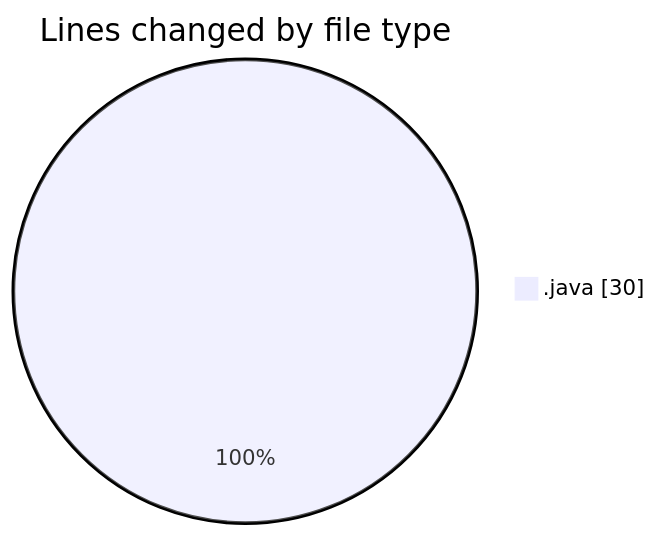
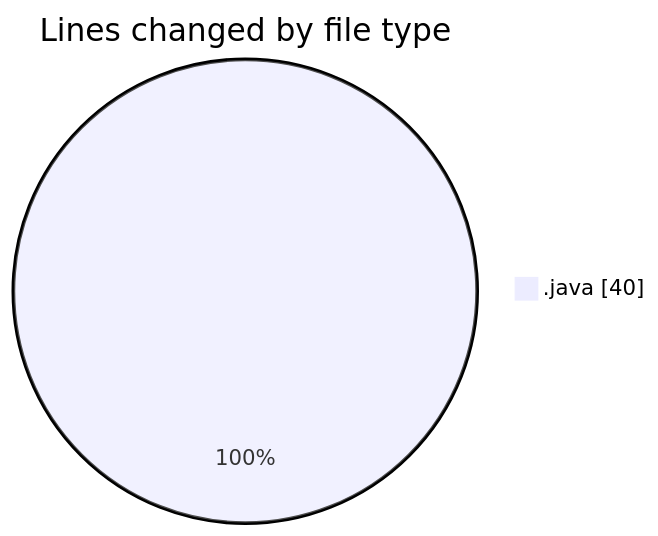
One commit to hasnaa123/code-tracking changed the first of 2 diagrams in 2026-02-17/classes/README.md. Above: the diagram before and after it, drawn with Mermaid. The commit also changed other lines of this file and 1 other file, not shown here.

````diff
--- a/2026-02-17/classes/README.md
+++ b/2026-02-17/classes/README.md
@@ -21,5 +21,5 @@
 ```mermaid
 pie showData
 title Lines changed by file type
-".java" : 30
+".java" : 40
 ```
````
